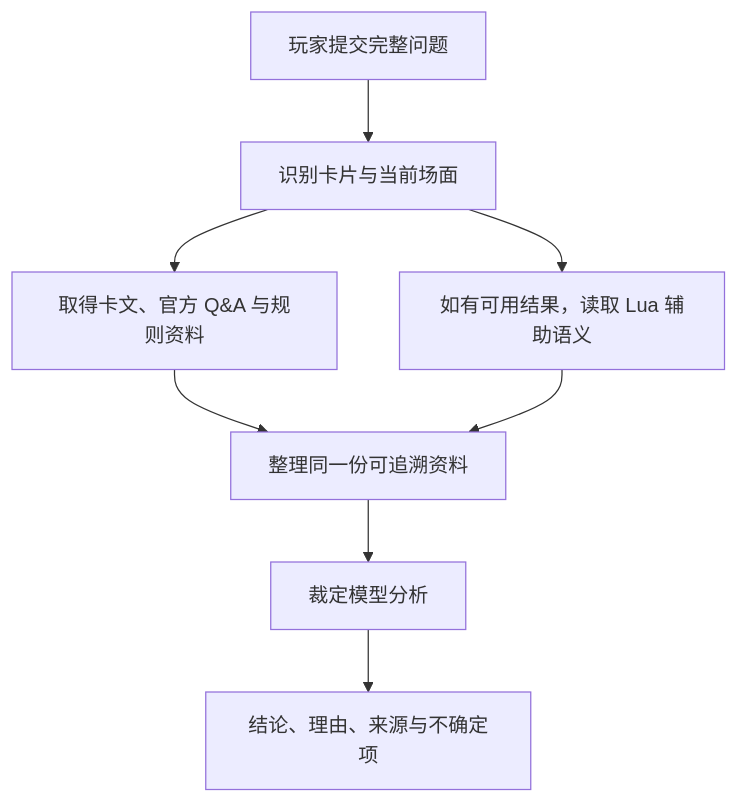
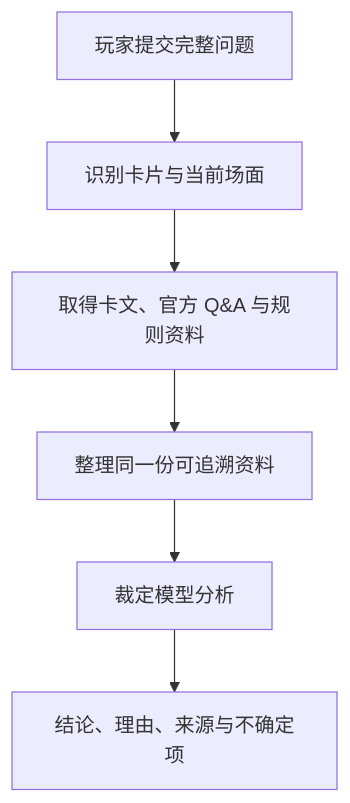
The diagram in README.md (coldiceh/ocg-ruling-assistant), drawn with Mermaid before and after one commit. The commit also changed other lines of this file and 14 other files, not shown here.

````diff
--- a/README.md
+++ b/README.md
@@ -20,10 +20,8 @@
 ```mermaid
 flowchart TD
     A["玩家提交完整问题"] --> B["识别卡片与当前场面"]
     B --> C["取得卡文、官方 Q&A 与规则资料"]
-    B --> D["如有可用结果，读取 Lua 辅助语义"]
     C --> E["整理同一份可追溯资料"]
-    D --> E
     E --> F["裁定模型分析"]
     F --> G["结论、理由、来源与不确定项"]
 ```
````
